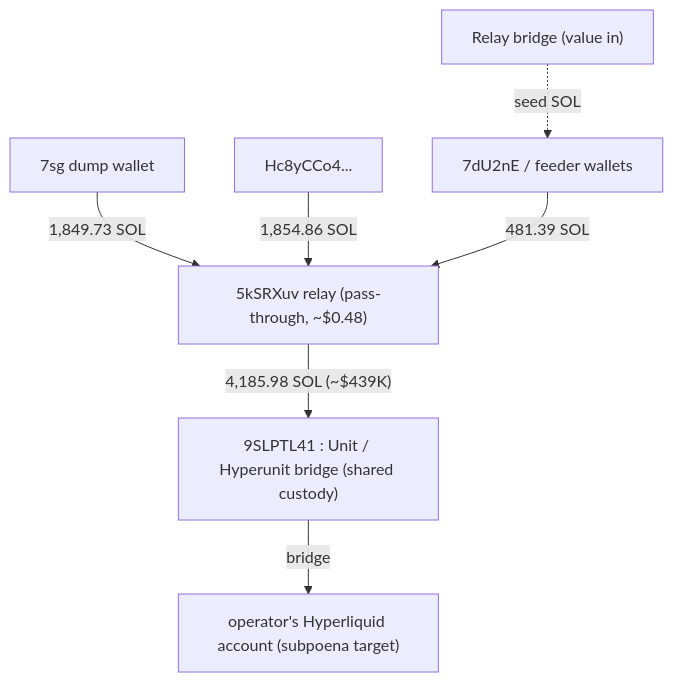
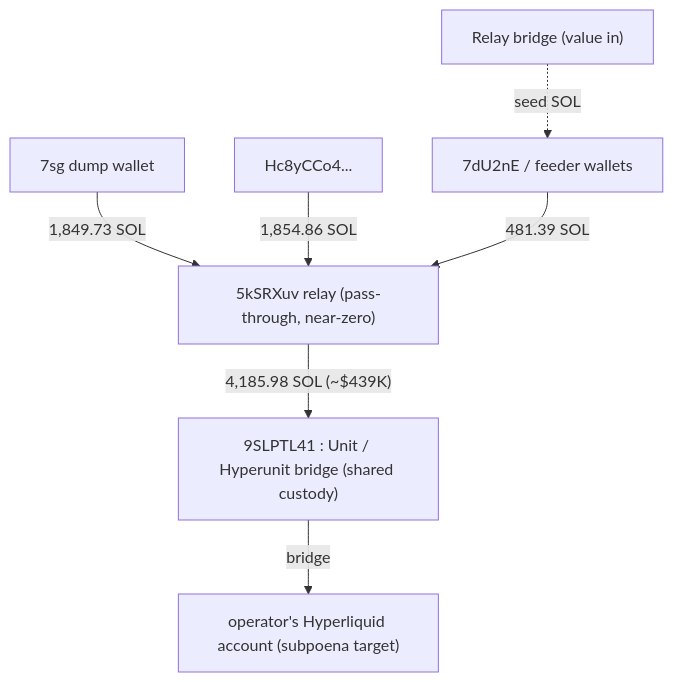
One commit to deepwoodssec/FollowTheLeek changed the diagram in crypto/README.md. Above: the diagram before and after it, drawn with Mermaid. The commit also changed other lines of this file, not shown here.

Commit message:
Polish: relay balance and tx count, EfV outflow note

````diff
--- a/crypto/README.md
+++ b/crypto/README.md
@@ -124,9 +124,9 @@
 ```mermaid
 flowchart TD
     RB["Relay bridge (value in)"] -.->|seed SOL| DU["7dU2nE / feeder wallets"]
     A7["7sg dump wallet"] -->|"1,849.73 SOL"| RELAY
     HC["Hc8yCCo4..."] -->|"1,854.86 SOL"| RELAY
     DU -->|"481.39 SOL"| RELAY
-    RELAY["5kSRXuv relay (pass-through, ~$0.48)"] -->|"4,185.98 SOL (~$439K)"| UNIT
+    RELAY["5kSRXuv relay (pass-through, near-zero)"] -->|"4,185.98 SOL (~$439K)"| UNIT
     UNIT["9SLPTL41 : Unit / Hyperunit bridge (shared custody)"] -->|bridge| HL["operator's Hyperliquid account (subpoena target)"]
 ```
````
